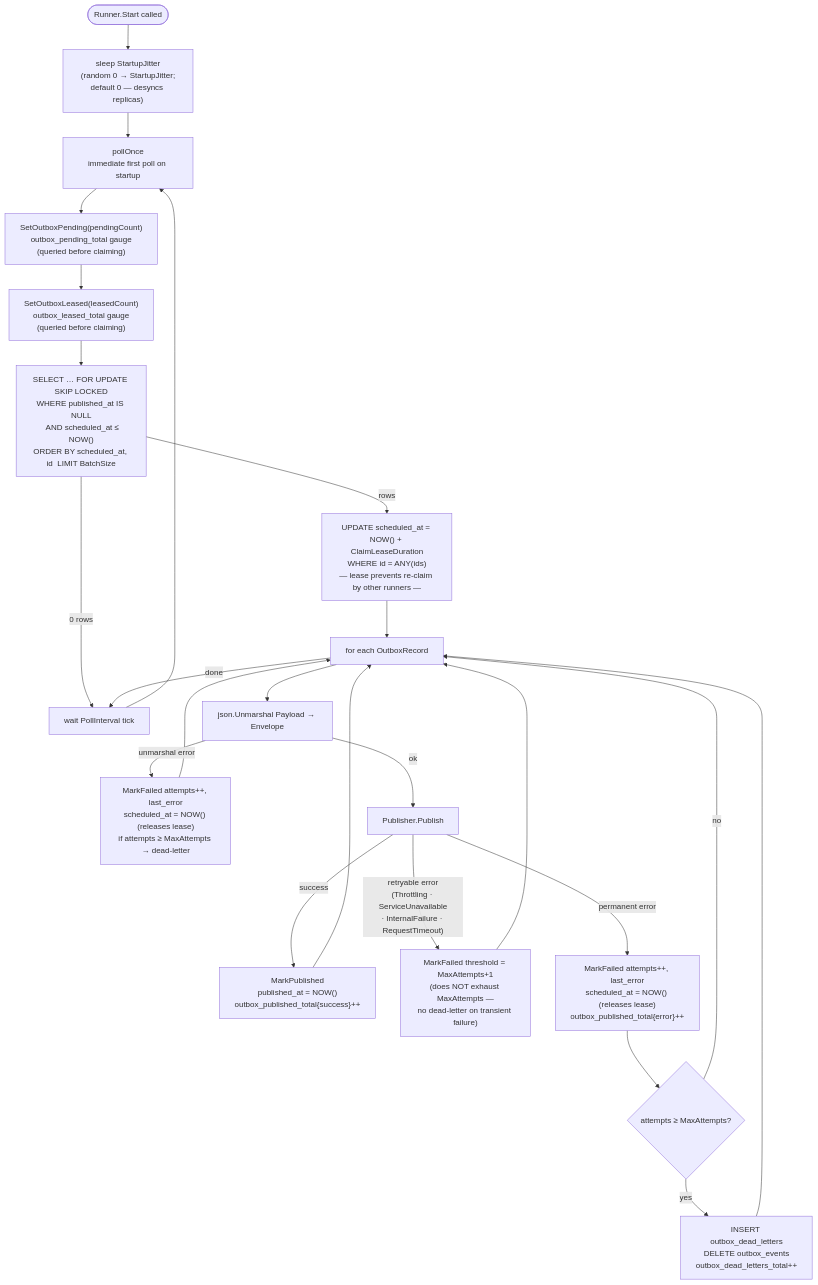
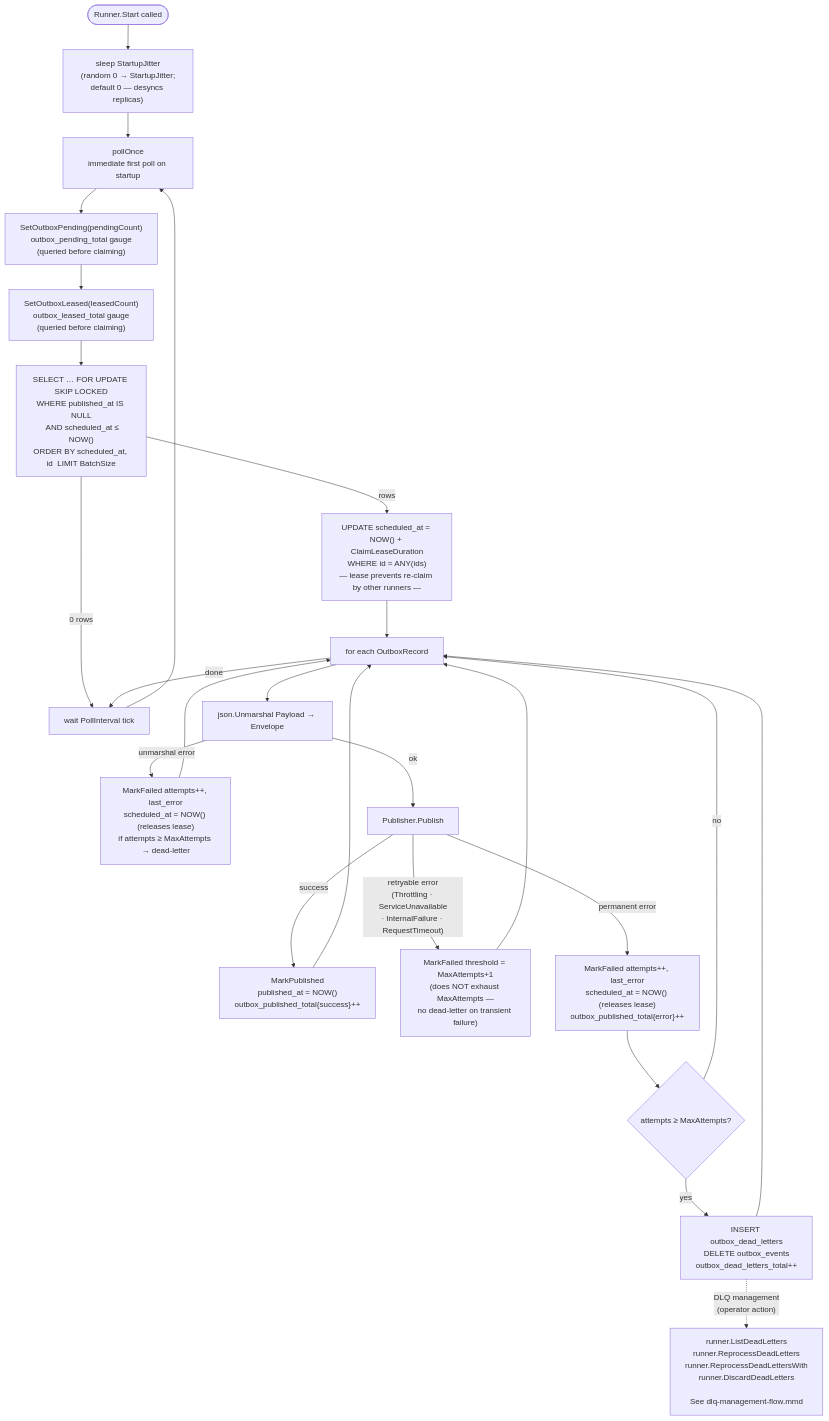
One commit to BCBP-SOLUTIONS-FZC-LLC/platform-events changed the diagram in docs/architecture/mermaid/outbox-poll-cycle.mmd. Above: the diagram before and after it, drawn with Mermaid. The commit also changed 28 other files, not shown here.

First line of the commit message:
Feat/envelope schema (#8)

```diff
--- a/docs/architecture/mermaid/outbox-poll-cycle.mmd
+++ b/docs/architecture/mermaid/outbox-poll-cycle.mmd
@@ -1,24 +1,26 @@
 flowchart TD
     A([Runner.Start called]) --> JIT["sleep StartupJitter\n(random 0 → StartupJitter;\ndefault 0 — desyncs replicas)"]
     JIT --> P[pollOnce\nimmediate first poll on startup]
     P --> PM["SetOutboxPending(pendingCount)\noutbox_pending_total gauge\n(queried before claiming)"]
     PM --> LM["SetOutboxLeased(leasedCount)\noutbox_leased_total gauge\n(queried before claiming)"]
     LM --> C["SELECT … FOR UPDATE SKIP LOCKED\nWHERE published_at IS NULL\n  AND scheduled_at ≤ NOW()\nORDER BY scheduled_at, id  LIMIT BatchSize"]
     C -- 0 rows --> B[wait PollInterval tick]
     B --> P
     C -- rows --> L["UPDATE scheduled_at = NOW() + ClaimLeaseDuration\nWHERE id = ANY(ids)\n— lease prevents re-claim by other runners —"]
     L --> D[for each OutboxRecord]
     D --> E[json.Unmarshal Payload → Envelope]
     E -- unmarshal error --> F["MarkFailed attempts++, last_error\nscheduled_at = NOW() (releases lease)\nif attempts ≥ MaxAttempts → dead-letter"]
     F --> D
     E -- ok --> G[Publisher.Publish]
     G -- success --> H["MarkPublished\npublished_at = NOW()\noutbox_published_total{success}++"]
     H --> D
     G -- retryable error\n(Throttling · ServiceUnavailable\n· InternalFailure · RequestTimeout) --> RI["MarkFailed threshold = MaxAttempts+1\n(does NOT exhaust MaxAttempts —\nno dead-letter on transient failure)"]
     RI --> D
     G -- permanent error --> I["MarkFailed attempts++, last_error\nscheduled_at = NOW() (releases lease)\noutbox_published_total{error}++"]
     I --> J{attempts ≥ MaxAttempts?}
     J -- yes --> K["INSERT outbox_dead_letters\nDELETE outbox_events\noutbox_dead_letters_total++"]
     J -- no  --> D
     K --> D
     D -- done --> B
+
+    K -.->|"DLQ management\n(operator action)"|DLQ["runner.ListDeadLetters\nrunner.ReprocessDeadLetters\nrunner.ReprocessDeadLettersWith\nrunner.DiscardDeadLetters\n\nSee dlq-management-flow.mmd"]
```
